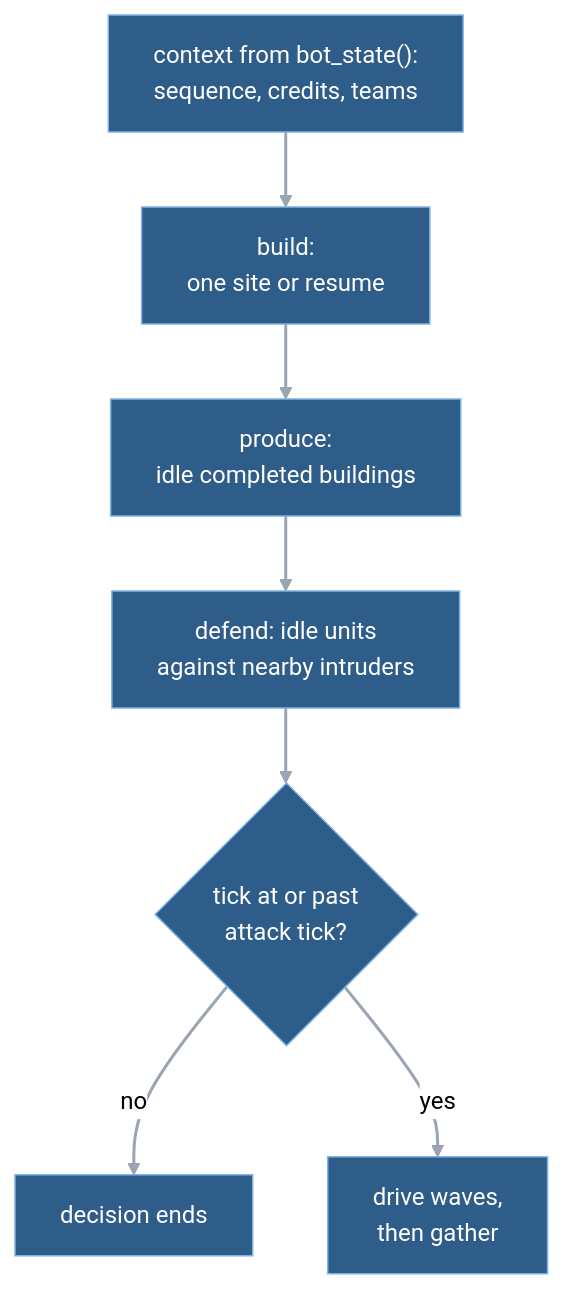
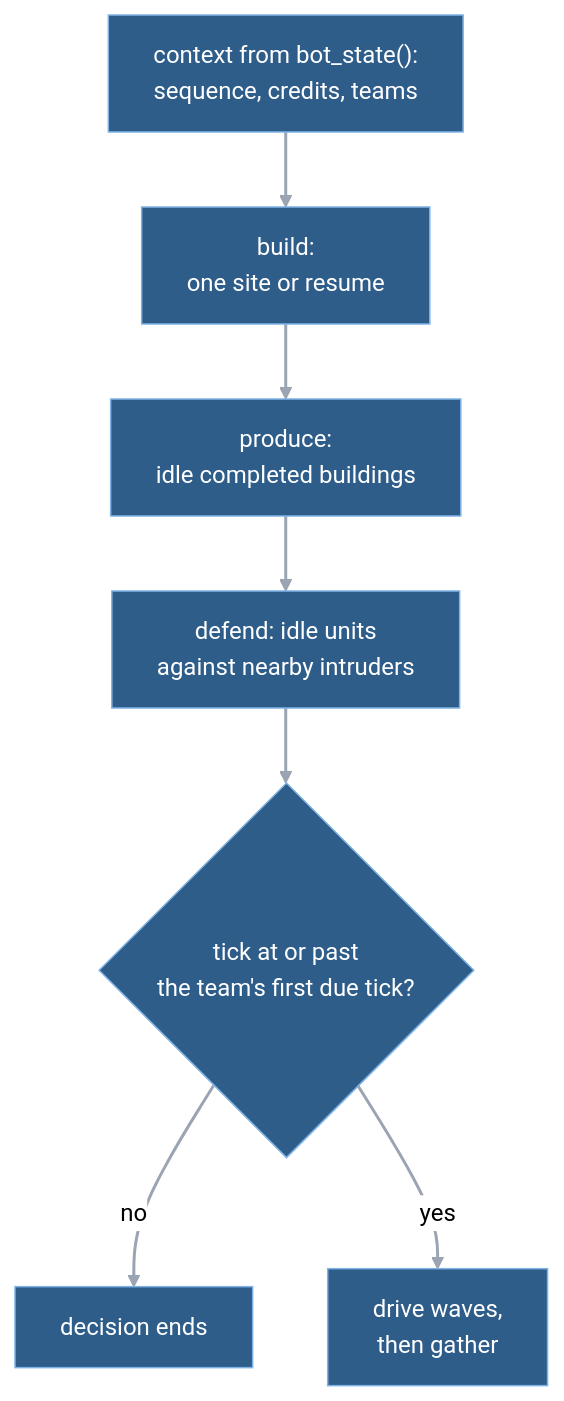
One commit to blackcindergames/wargrid changed the second of 2 diagrams in docs/guide/09-ai.md. Above: the diagram before and after it, drawn with Mermaid (neutral theme). The commit also changed other lines of this file and 11 other files, not shown here.

````diff
--- a/docs/guide/09-ai.md
+++ b/docs/guide/09-ai.md
@@ -56,12 +56,12 @@
 ```mermaid
 flowchart TD
     R["context from bot_state():<br/>sequence, credits, teams"] --> B["build:<br/>one site or resume"]
     B --> P["produce:<br/>idle completed buildings"]
     P --> D["defend: idle units<br/>against nearby intruders"]
-    D --> G{"tick at or past<br/>attack tick?"}
+    D --> G{"tick at or past<br/>the team's first due tick?"}
     G -- "no" --> X["decision ends"]
     G -- "yes" --> W["drive waves,<br/>then gather"]
     classDef sim fill:#2f5d8a,stroke:#7fb3e6,color:#ffffff
     class R,B,P,D,G,X,W sim
     linkStyle default stroke:#9aa4b2,stroke-width:2px
 ```
````
